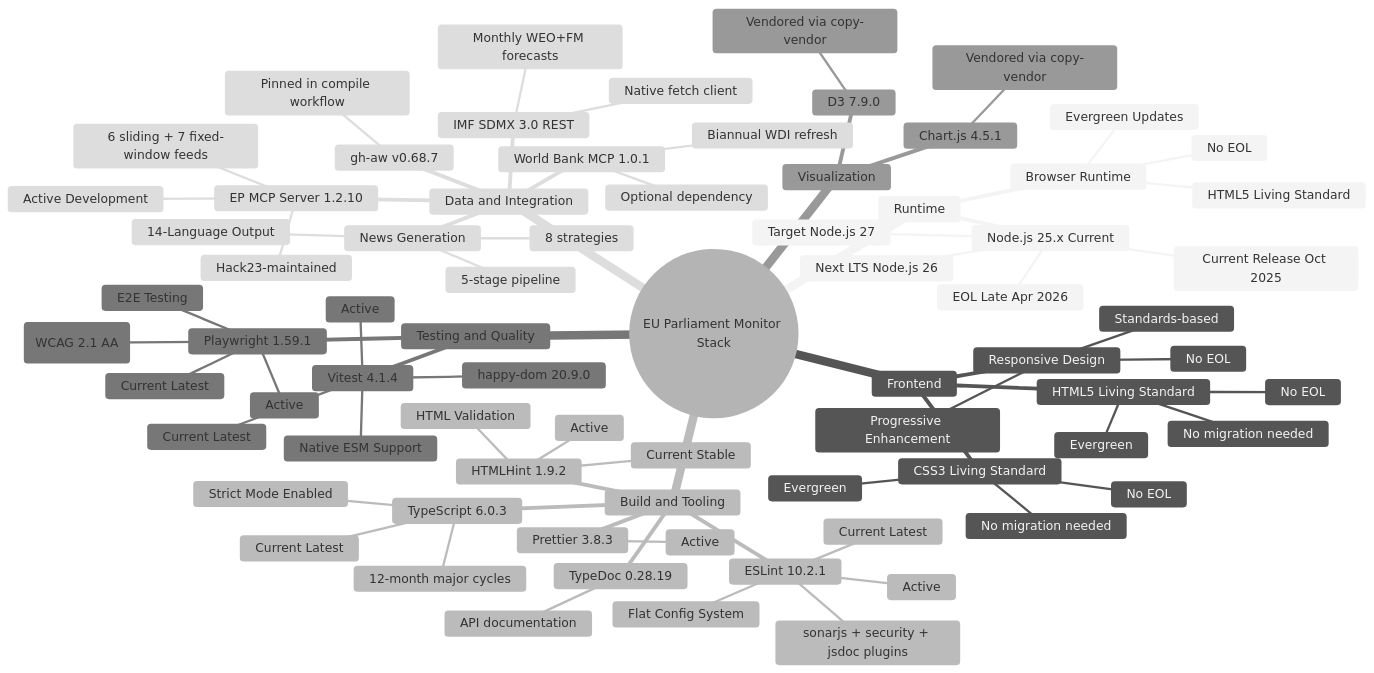
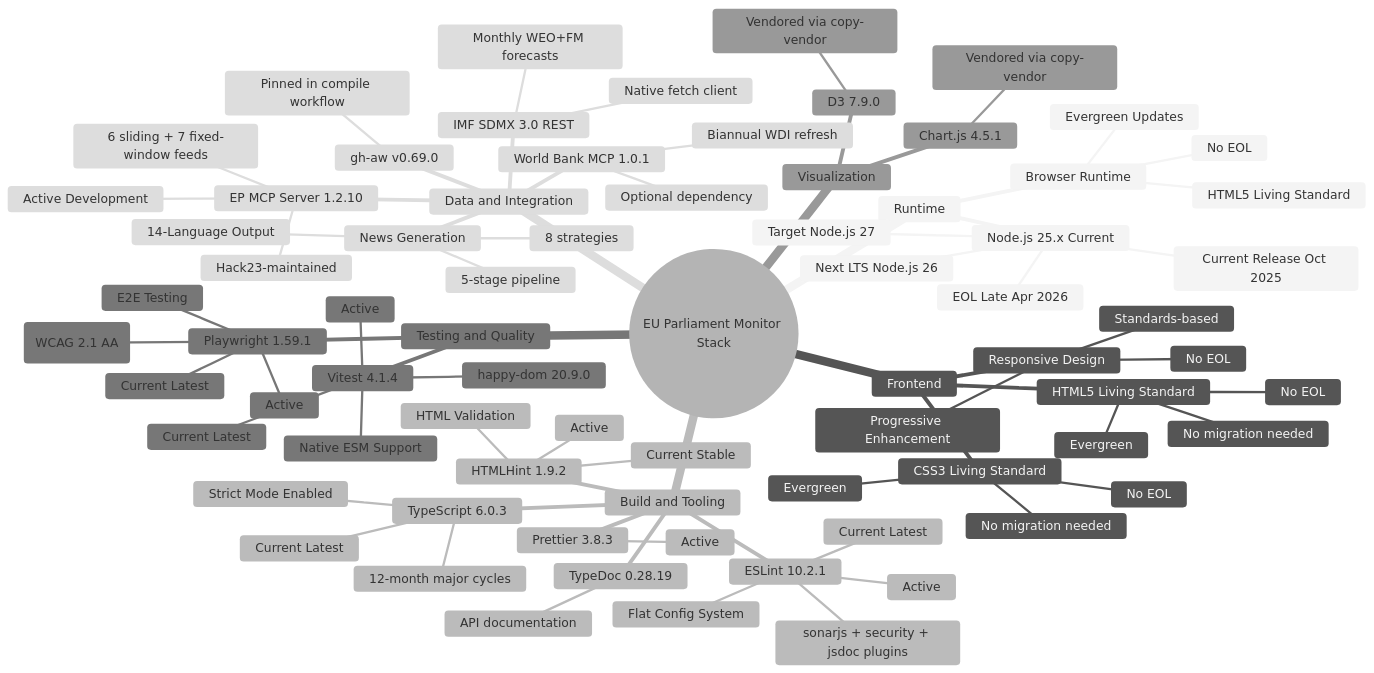
The first of 6 diagrams in End-of-Life-Strategy.md (Hack23/euparliamentmonitor), drawn with Mermaid (neutral theme) before and after one commit. The commit also changed other lines of this file and 12 other files, not shown here.

````diff
--- a/End-of-Life-Strategy.md
+++ b/End-of-Life-Strategy.md
@@ -88,78 +88,78 @@
 ```mermaid
 mindmap
   root((EU Parliament Monitor Stack))
     Runtime
       Node.js 25.x Current
         Current Release Oct 2025
         EOL Late Apr 2026
         Next LTS Node.js 26
         Target Node.js 27
       Browser Runtime
         Evergreen Updates
         No EOL
         HTML5 Living Standard
     Frontend
       HTML5 Living Standard
         Evergreen
         No EOL
         No migration needed
       CSS3 Living Standard
         Evergreen
         No EOL
         No migration needed
       Responsive Design
         Standards-based
         No EOL
         Progressive Enhancement
     Build and Tooling
       TypeScript 6.0.3
         Current Latest
         12-month major cycles
         Strict Mode Enabled
       ESLint 10.2.1
         Current Latest
         Active
         Flat Config System
         sonarjs + security + jsdoc plugins
       HTMLHint 1.9.2
         Current Stable
         Active
         HTML Validation
       Prettier 3.8.3
         Active
       TypeDoc 0.28.19
         API documentation
     Testing and Quality
       Vitest 4.1.4
         Current Latest
         Active
         Native ESM Support
         happy-dom 20.9.0
       Playwright 1.59.1
         Current Latest
         Active
         E2E Testing
         axe-core 4.11.2 (WCAG 2.1 AA)
     Visualization
       Chart.js 4.5.1
         Vendored via copy-vendor
       D3 7.9.0
         Vendored via copy-vendor
     Data and Integration
       EP MCP Server 1.2.10
         Active Development
         Hack23-maintained
         6 sliding + 7 fixed-window feeds
       World Bank MCP 1.0.1
         Optional dependency
         Biannual WDI refresh
       IMF SDMX 3.0 REST
         Native fetch client
         Monthly WEO+FM forecasts
-      gh-aw v0.68.7
+      gh-aw v0.69.0
         Pinned in compile workflow
       News Generation
         5-stage pipeline
         8 strategies
         14-Language Output
 ```
````
